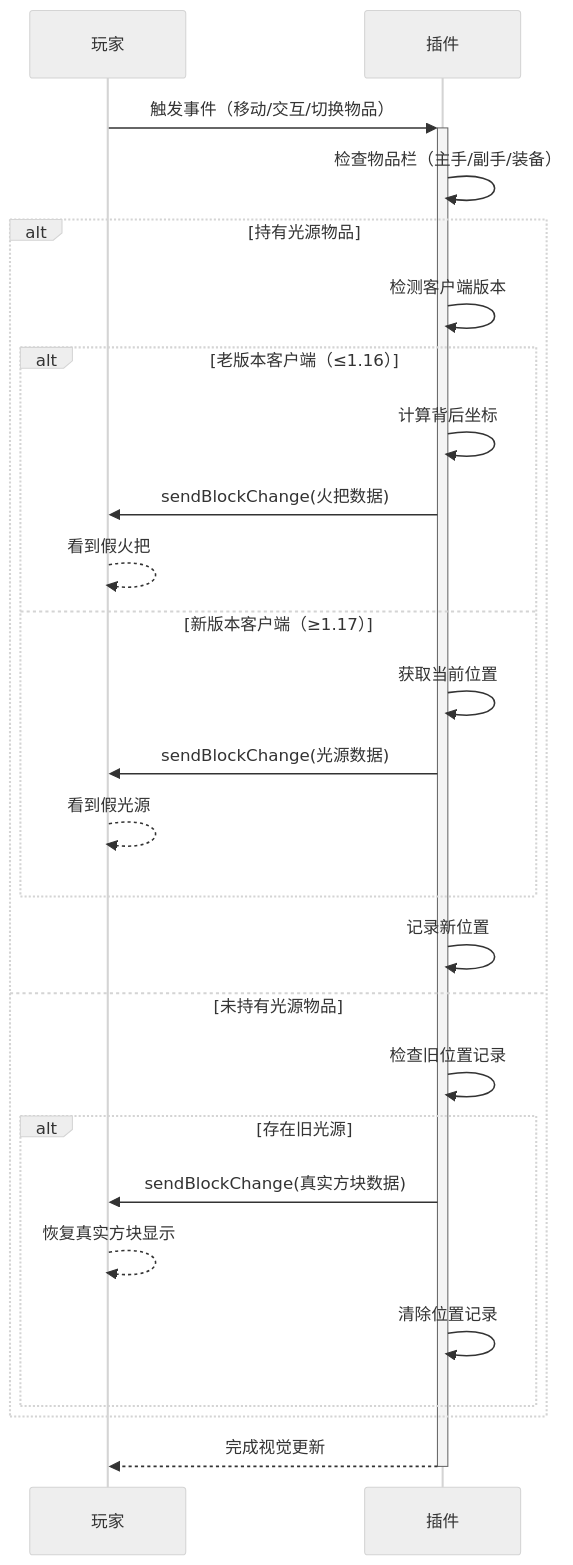
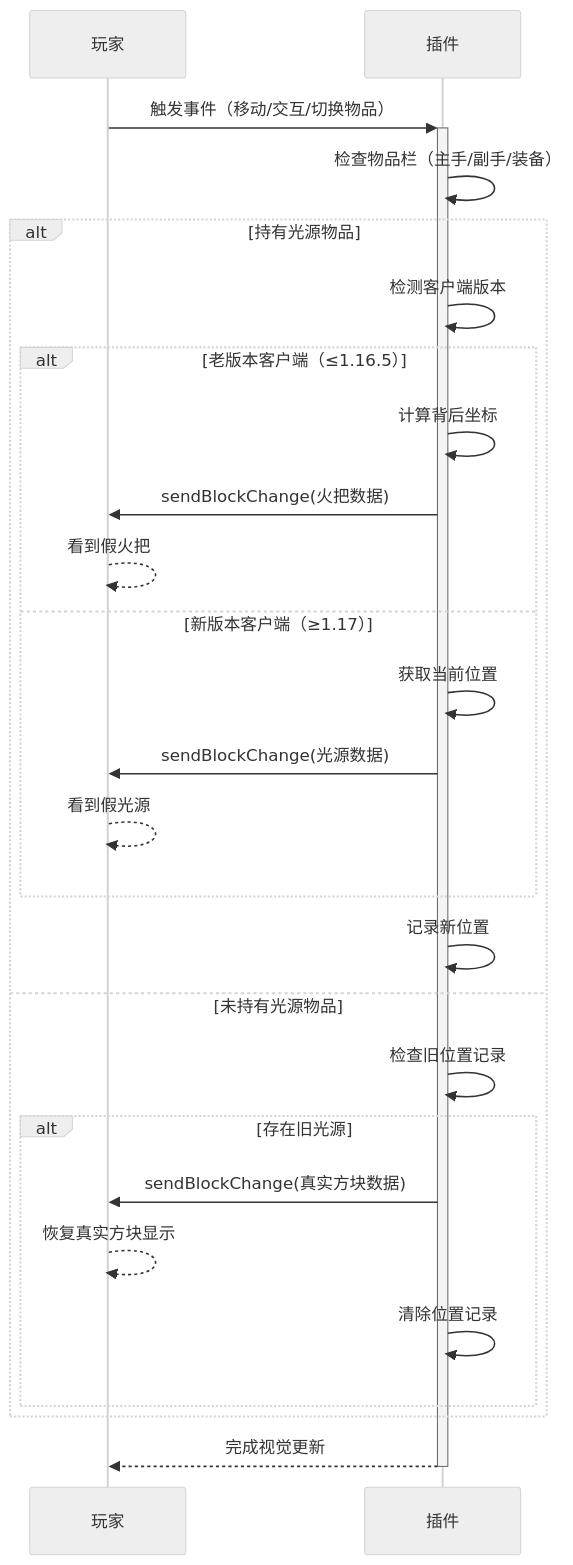
The diagram in README.md (cyf112233/mobilelight), drawn with Mermaid (neutral theme) before and after one commit.

````diff
--- a/README.md
+++ b/README.md
@@ -9,31 +9,31 @@
 ```mermaid
 sequenceDiagram
     participant 玩家 as 玩家
     participant 插件 as 插件
     
     玩家->>+插件: 触发事件（移动/交互/切换物品）
     插件->>插件: 检查物品栏（主手/副手/装备）
     
     alt 持有光源物品
         插件->>插件: 检测客户端版本
-        alt 老版本客户端（≤1.16）
+        alt 老版本客户端（≤1.16.5）
             插件->>插件: 计算背后坐标
             插件->>玩家: sendBlockChange(火把数据)
             玩家-->>玩家: 看到假火把
         else 新版本客户端（≥1.17）
             插件->>插件: 获取当前位置
             插件->>玩家: sendBlockChange(光源数据)
             玩家-->>玩家: 看到假光源
         end
         插件->>插件: 记录新位置
     else 未持有光源物品
         插件->>插件: 检查旧位置记录
         alt 存在旧光源
             插件->>玩家: sendBlockChange(真实方块数据)
             玩家-->>玩家: 恢复真实方块显示
             插件->>插件: 清除位置记录
         end
     end
     
     插件-->>-玩家: 完成视觉更新
 ```
````
